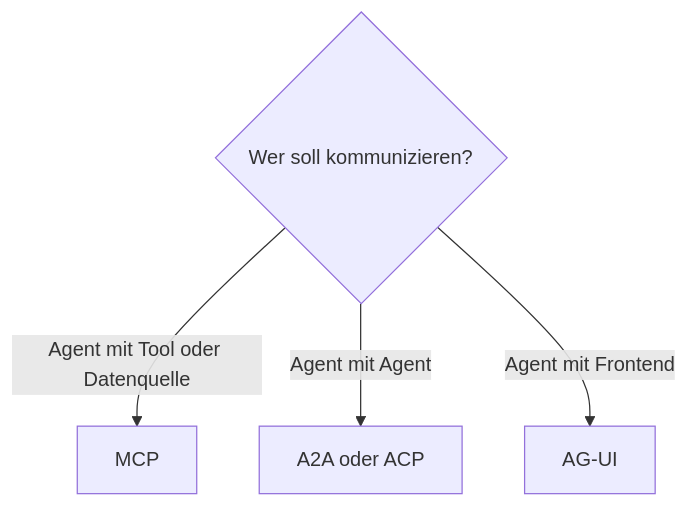
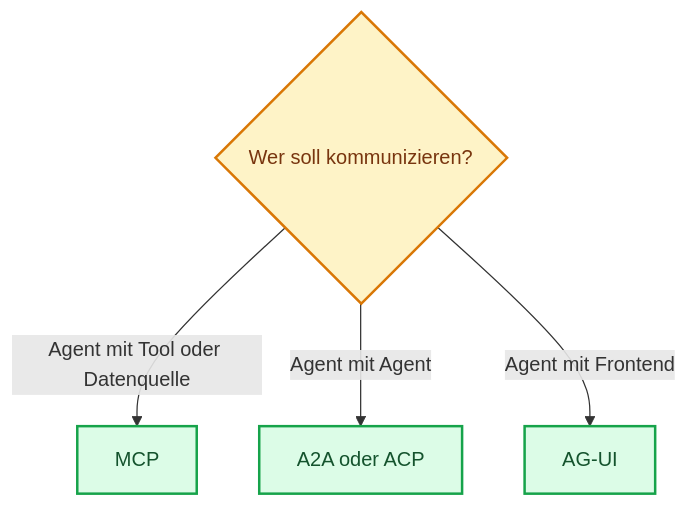
One commit to ralf-42/Agenten changed the seventh of 9 diagrams in docs/06-multi-agent-erweiterungen/agenten-kommunikationsprotokolle.md. Above: the diagram before and after it, drawn with Mermaid. The commit also changed other lines of this file and 18 other files, not shown here.

````diff
--- a/docs/06-multi-agent-erweiterungen/agenten-kommunikationsprotokolle.md
+++ b/docs/06-multi-agent-erweiterungen/agenten-kommunikationsprotokolle.md
@@ -268,8 +293,15 @@
 ```mermaid
 flowchart TD
     F{Wer soll kommunizieren?}
 
     F -->|Agent mit Tool oder Datenquelle| MCP[MCP]
     F -->|Agent mit Agent| A2A[A2A oder ACP]
     F -->|Agent mit Frontend| AGUI[AG-UI]
+
+    classDef default fill:#e0f2fe,stroke:#0284c7,stroke-width:2px,color:#0c4a6e;
+    classDef metric fill:#fef3c7,stroke:#d97706,stroke-width:2px,color:#78350f;
+    classDef output fill:#dcfce7,stroke:#16a34a,stroke-width:2px,color:#14532d;
+
+    class F metric;
+    class MCP,A2A,AGUI output;
 ```
````
